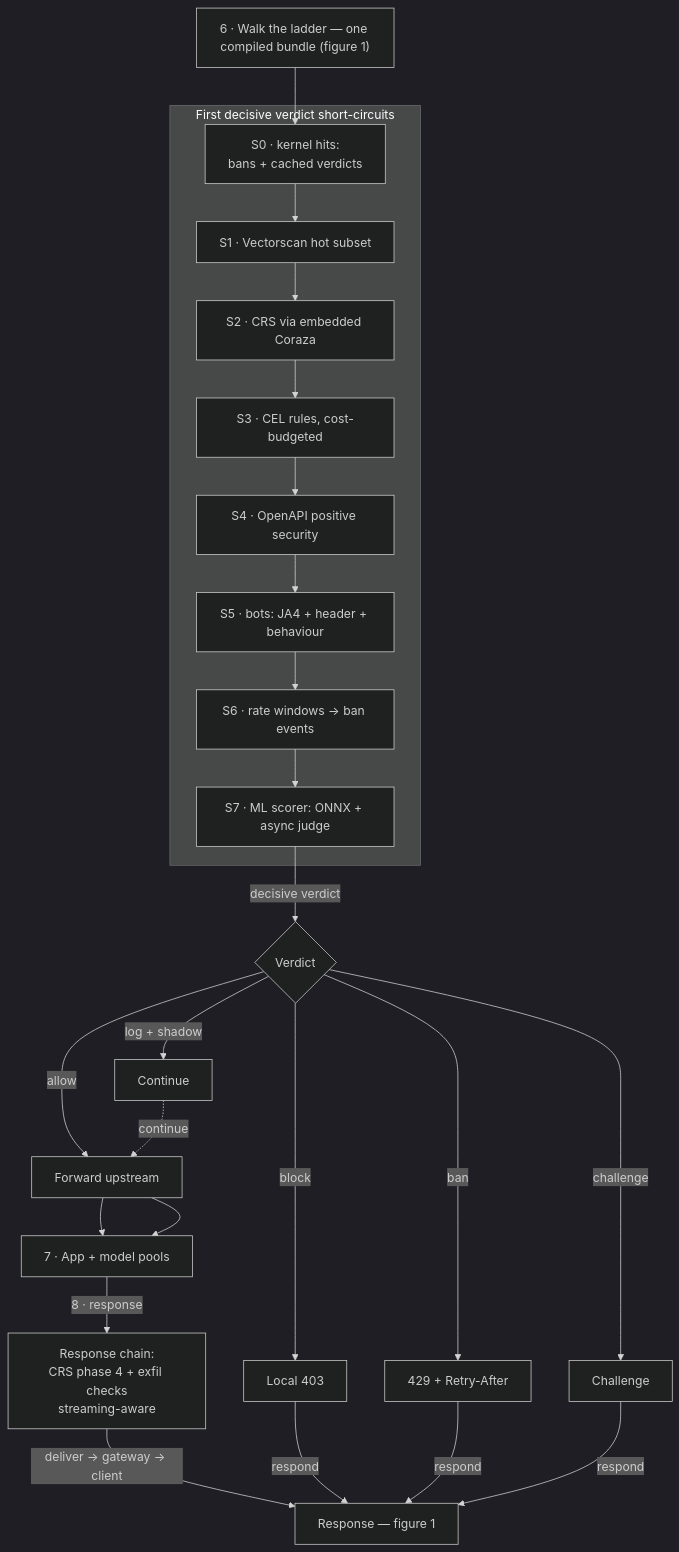
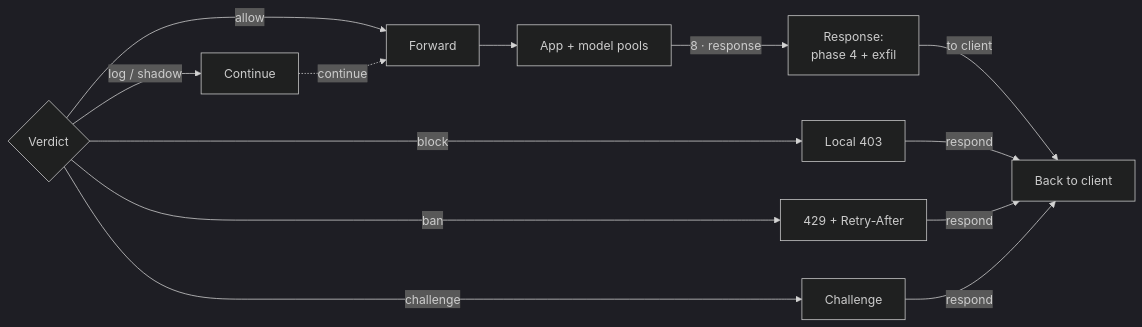
The third of 5 diagrams in index.qmd (trishula-dev/trishula-website), drawn with Mermaid (dark theme) before and after one commit. The commit also changed other lines of this file, not shown here.

````diff
--- a/index.qmd
+++ b/index.qmd
@@ -134,34 +144,16 @@
 ```{mermaid}
-flowchart TB
-    IN["6 · Walk the ladder — one compiled bundle (figure 1)"]
-
-    subgraph LD["First decisive verdict short-circuits"]
-        S0["S0 · kernel hits:<br/>bans + cached verdicts"]
-        S1["S1 · Vectorscan hot subset"]
-        S2["S2 · CRS via embedded Coraza"]
-        S3["S3 · CEL rules, cost-budgeted"]
-        S4["S4 · OpenAPI positive security"]
-        S5["S5 · bots: JA4 + header + behaviour"]
-        S6["S6 · rate windows → ban events"]
-        S7["S7 · ML scorer: ONNX + async judge"]
-        S0 --> S1 --> S2 --> S3 --> S4 --> S5 --> S6 --> S7
-    end
-    IN --> S0
-
-    S7 -->|"decisive verdict"| V{"Verdict"}
-    V -->|allow| VA["Forward upstream"] --> POOL["7 · App + model pools"]
-    V -->|block| VB["Local 403"]
-    V -->|ban| VN["429 + Retry-After"]
-    V -->|challenge| VCh["Challenge"]
-    V -->|log + shadow| VL["Continue"]
-    VA --> POOL
-    POOL -->|"8 · response"| RP["Response chain:<br/>CRS phase 4 + exfil checks<br/>streaming-aware"]
-    RP -->|"deliver → gateway → client"| OUTC["Response — figure 1"]
-    VB -->|respond| OUTC
-    VN -->|respond| OUTC
-    VCh -->|respond| OUTC
+flowchart LR
+    VD{"Verdict"} -->|allow| VA["Forward"] --> POOL["App + model pools"]
+    POOL -->|"8 · response"| RP["Response:<br/>phase 4 + exfil"] -->|to client| OUT["Back to client"]
+    VD -->|block| VB["Local 403"]
+    VD -->|ban| VN["429 + Retry-After"]
+    VD -->|challenge| VCh["Challenge"]
+    VD -->|"log / shadow"| VL["Continue"]
+    VB -->|respond| OUT
+    VN -->|respond| OUT
+    VCh -->|respond| OUT
     VL -.->|continue| VA
 
-    click IN "#fig-journey" "Back to figure 1: the journey"
-    click OUTC "#fig-journey" "Back to figure 1: the response path"
+    click OUT "#fig-kernel" "Back to the edge"
+    click VD "#fig-ladder" "Back to the ladder"
 ```
````
